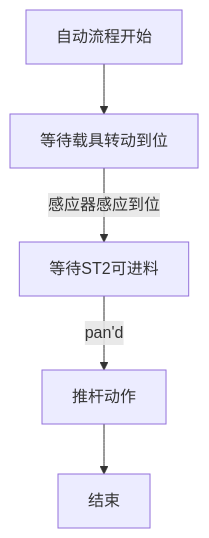
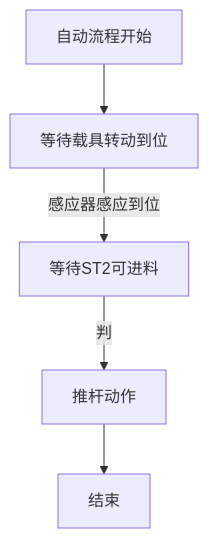
One commit to zmq000/iodraw-files changed the diagram in all/OP70工位1长回流工位.md. Above: the diagram before and after it, drawn with Mermaid.

Commit message:
2026-06-17 15:35:27 update

````diff
--- a/all/OP70工位1长回流工位.md
+++ b/all/OP70工位1长回流工位.md
@@ -1,9 +1,9 @@
 ```mermaid
 graph TD
  自动流程开始-->10
  10[等待载具转动到位]-->|感应器感应到位|20
- 20[等待ST2可进料]-->|pan'd|30
+ 20[等待ST2可进料]-->|判|30
  30[推杆动作]-->40
  40[结束]
 
 ```
````
